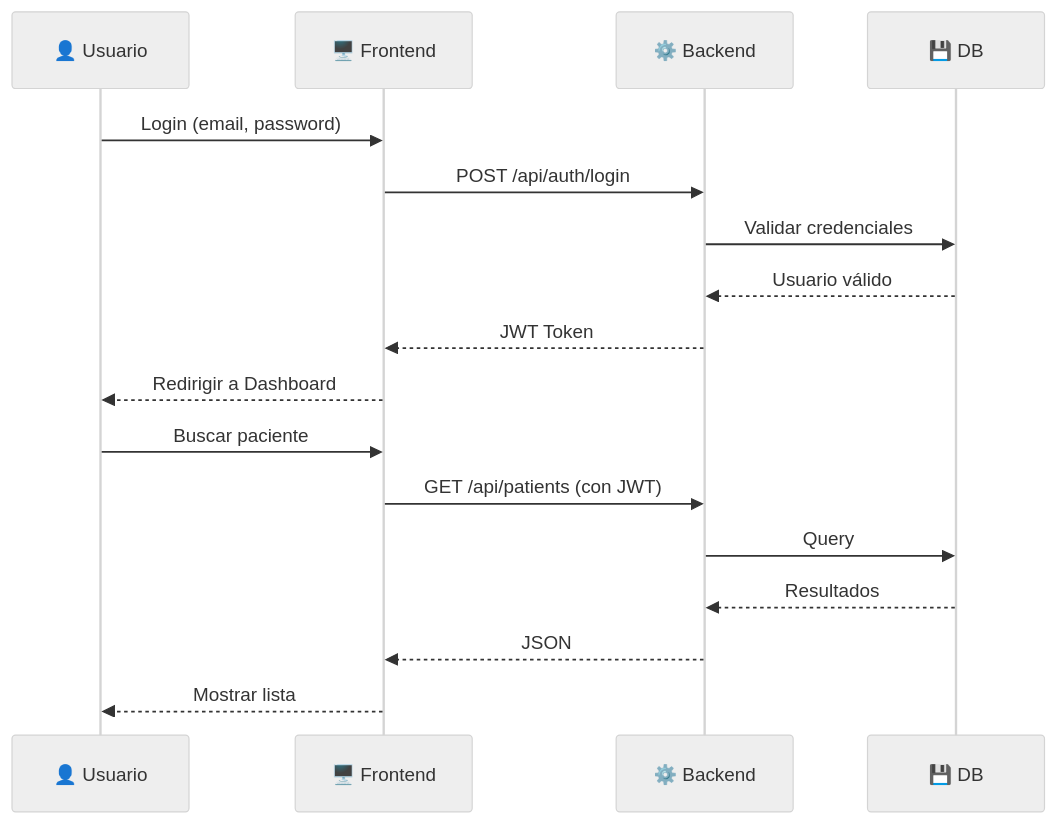
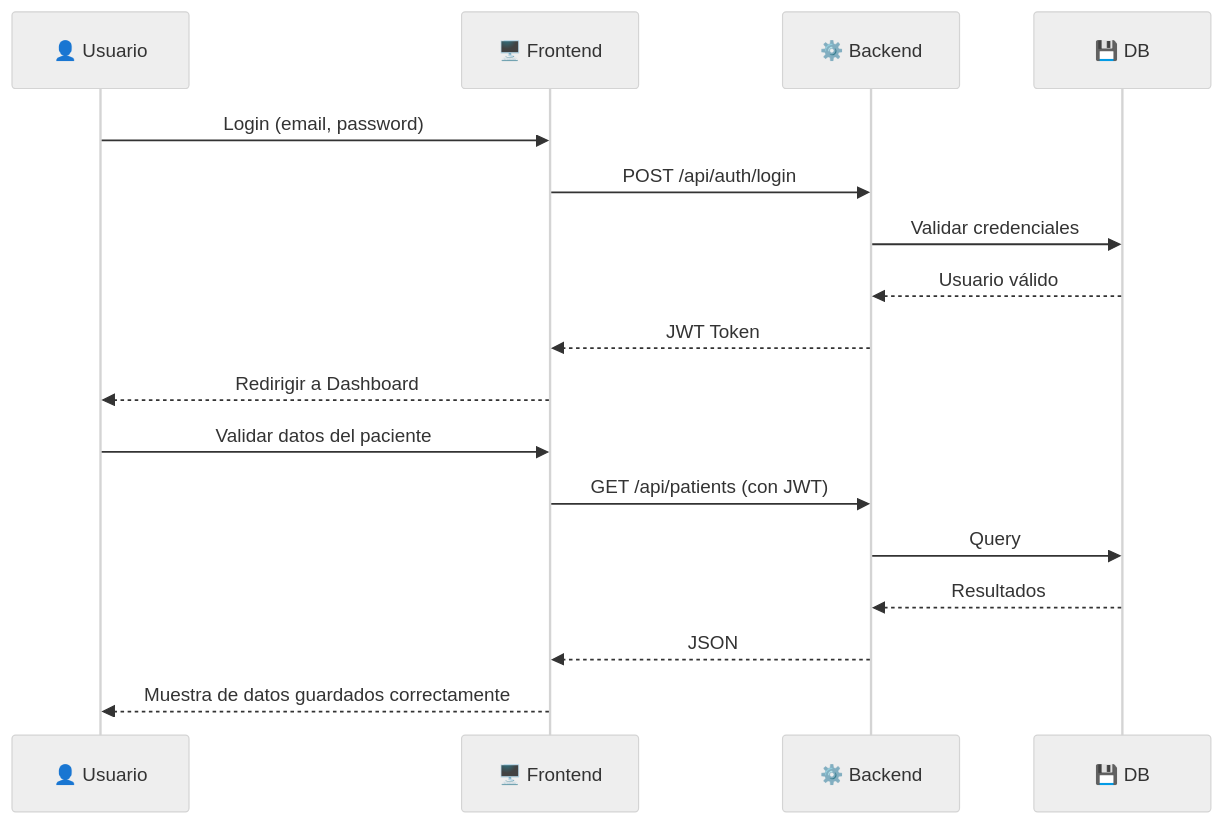
One commit to dIAgnoseTeam/dIAgnose changed the fifth of 5 diagrams in README.md. Above: the diagram before and after it, drawn with Mermaid (neutral theme). The commit also changed other lines of this file, not shown here.

````diff
--- a/README.md
+++ b/README.md
@@ -150,21 +143,21 @@
 ```mermaid
 sequenceDiagram
     participant U as 👤 Usuario
     participant F as 🖥️ Frontend
     participant B as ⚙️ Backend
     participant D as 💾 DB
     
     U->>F: Login (email, password)
     F->>B: POST /api/auth/login
     B->>D: Validar credenciales
     D-->>B: Usuario válido
     B-->>F: JWT Token
     F-->>U: Redirigir a Dashboard
     
-    U->>F: Buscar paciente
+    U->>F: Validar datos del paciente
     F->>B: GET /api/patients (con JWT)
     B->>D: Query
     D-->>B: Resultados
     B-->>F: JSON
-    F-->>U: Mostrar lista
+    F-->>U: Muestra de datos guardados correctamente
 ```
````
